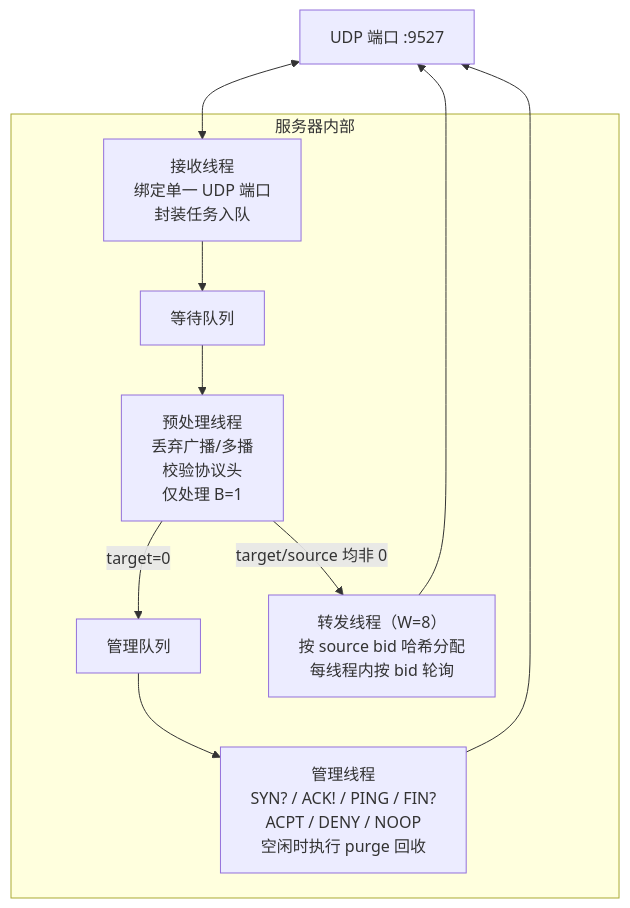
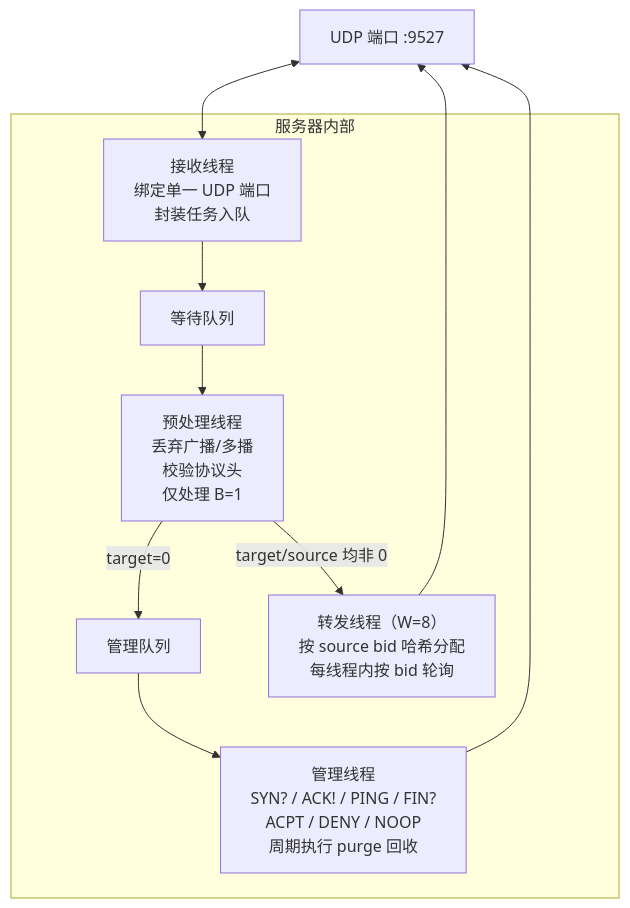
One commit to moky/magpie changed the first of 3 diagrams in docs/architecture.md. Above: the diagram before and after it, drawn with Mermaid. The commit also changed other lines of this file and 9 other files, not shown here.

````diff
--- a/docs/architecture.md
+++ b/docs/architecture.md
@@ -17,18 +18,18 @@
 ```mermaid
 flowchart TB
     U["UDP 端口 :9527"]
     subgraph SVR["服务器内部"]
         R["接收线程<br/>绑定单一 UDP 端口<br/>封装任务入队"]
         WQ["等待队列"]
         P["预处理线程<br/>丢弃广播/多播<br/>校验协议头<br/>仅处理 B=1"]
         MQ["管理队列"]
-        M["管理线程<br/>SYN? / ACK! / PING / FIN?<br/>ACPT / DENY / NOOP<br/>空闲时执行 purge 回收"]
+        M["管理线程<br/>SYN? / ACK! / PING / FIN?<br/>ACPT / DENY / NOOP<br/>周期执行 purge 回收"]
         FW["转发线程（W=8）<br/>按 source bid 哈希分配<br/>每线程内按 bid 轮询"]
         R --> WQ --> P
         P -->|"target=0"| MQ --> M
         P -->|"target/source 均非 0"| FW
     end
     U <--> R
     FW --> U
     M --> U
 ```
````
